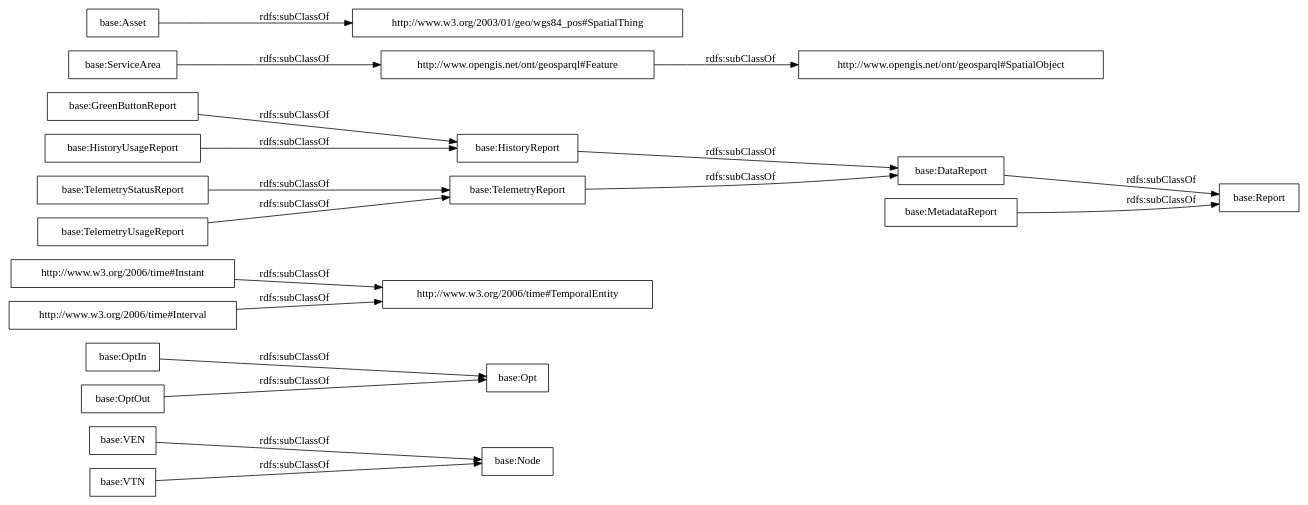
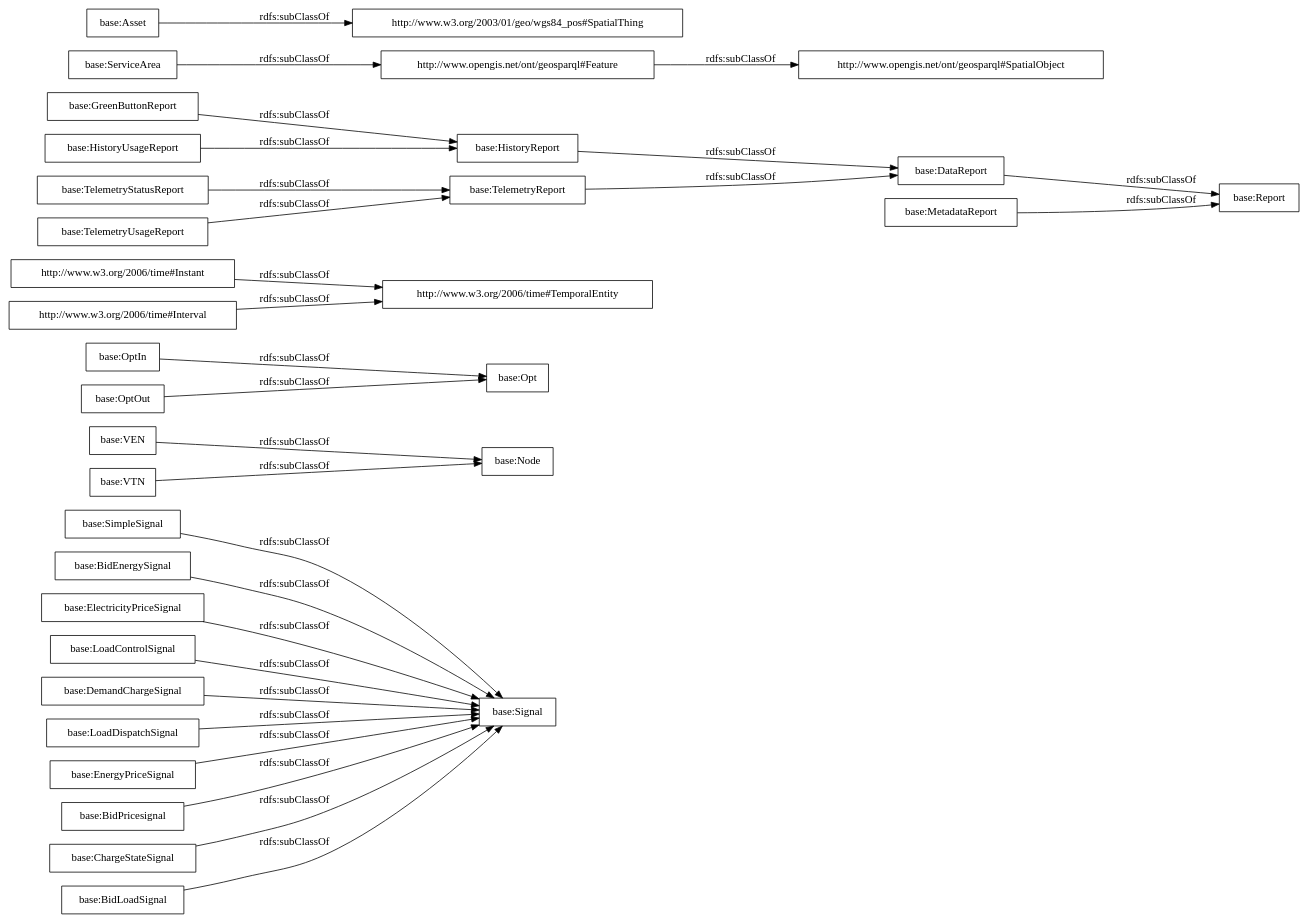
Before and after one commit to albaizq/OpenADRontology: the diagram in OnToology/ontology/openADRontology.owl/diagrams/ar2dtool-taxonomy/openADRontology.owl.png.dot, drawn with Graphviz. The commit also changed 12 other files, not shown here.

```diff
--- a/OnToology/ontology/openADRontology.owl/diagrams/ar2dtool-taxonomy/openADRontology.owl.png.dot
+++ b/OnToology/ontology/openADRontology.owl/diagrams/ar2dtool-taxonomy/openADRontology.owl.png.dot
@@ -1,23 +1,33 @@
 digraph ar2dtool_diagram { 
 rankdir=LR;
 size="1000"
-node [shape = rectangle, color="black"]; "base:VEN" "base:Opt" "http://www.w3.org/2006/time#Instant" "base:GreenButtonReport" "base:DataReport" "base:TelemetryUsageReport" "base:ServiceArea" "base:HistoryReport" "base:OptIn" "base:OptOut" "base:Node" "base:VTN" "base:TelemetryStatusReport" "http://www.w3.org/2003/01/geo/wgs84_pos#SpatialThing" "base:Asset" "http://www.opengis.net/ont/geosparql#SpatialObject" "http://www.w3.org/2006/time#Interval" "http://www.w3.org/2006/time#TemporalEntity" "base:TelemetryReport" "http://www.opengis.net/ont/geosparql#Feature" "base:MetadataReport" "base:HistoryUsageReport" "base:Report" ; /*classes style*/
+node [shape = rectangle, color="black"]; "base:SimpleSignal" "base:VEN" "base:Signal" "base:Opt" "http://www.w3.org/2006/time#Instant" "base:GreenButtonReport" "base:DataReport" "base:TelemetryUsageReport" "base:BidEnergySignal" "base:ElectricityPriceSignal" "base:LoadControlSignal" "base:ServiceArea" "base:HistoryReport" "base:DemandChargeSignal" "base:OptIn" "base:LoadDispatchSignal" "base:OptOut" "base:Node" "base:EnergyPriceSignal" "base:VTN" "base:TelemetryStatusReport" "http://www.w3.org/2003/01/geo/wgs84_pos#SpatialThing" "base:Asset" "http://www.opengis.net/ont/geosparql#SpatialObject" "base:BidPricesignal" "http://www.w3.org/2006/time#Interval" "base:ChargeStateSignal" "http://www.w3.org/2006/time#TemporalEntity" "base:TelemetryReport" "base:BidLoadSignal" "http://www.opengis.net/ont/geosparql#Feature" "base:MetadataReport" "base:HistoryUsageReport" "base:Report" ; /*classes style*/
+	"base:HistoryUsageReport" -> "base:HistoryReport" [ label = "rdfs:subClassOf" ];
+	"http://www.w3.org/2006/time#Instant" -> "http://www.w3.org/2006/time#TemporalEntity" [ label = "rdfs:subClassOf" ];
+	"base:MetadataReport" -> "base:Report" [ label = "rdfs:subClassOf" ];
+	"base:ElectricityPriceSignal" -> "base:Signal" [ label = "rdfs:subClassOf" ];
+	"base:LoadDispatchSignal" -> "base:Signal" [ label = "rdfs:subClassOf" ];
+	"http://www.opengis.net/ont/geosparql#Feature" -> "http://www.opengis.net/ont/geosparql#SpatialObject" [ label = "rdfs:subClassOf" ];
+	"base:DataReport" -> "base:Report" [ label = "rdfs:subClassOf" ];
+	"base:HistoryReport" -> "base:DataReport" [ label = "rdfs:subClassOf" ];
+	"base:VEN" -> "base:Node" [ label = "rdfs:subClassOf" ];
+	"base:TelemetryStatusReport" -> "base:TelemetryReport" [ label = "rdfs:subClassOf" ];
+	"base:LoadControlSignal" -> "base:Signal" [ label = "rdfs:subClassOf" ];
+	"base:SimpleSignal" -> "base:Signal" [ label = "rdfs:subClassOf" ];
+	"base:VTN" -> "base:Node" [ label = "rdfs:subClassOf" ];
+	"base:EnergyPriceSignal" -> "base:Signal" [ label = "rdfs:subClassOf" ];
+	"base:ChargeStateSignal" -> "base:Signal" [ label = "rdfs:subClassOf" ];
+	"base:GreenButtonReport" -> "base:HistoryReport" [ label = "rdfs:subClassOf" ];
+	"base:DemandChargeSignal" -> "base:Signal" [ label = "rdfs:subClassOf" ];
+	"base:TelemetryReport" -> "base:DataReport" [ label = "rdfs:subClassOf" ];
+	"base:ServiceArea" -> "http://www.opengis.net/ont/geosparql#Feature" [ label = "rdfs:subClassOf" ];
+	"base:BidPricesignal" -> "base:Signal" [ label = "rdfs:subClassOf" ];
 	"base:Asset" -> "http://www.w3.org/2003/01/geo/wgs84_pos#SpatialThing" [ label = "rdfs:subClassOf" ];
-	"base:DataReport" -> "base:Report" [ label = "rdfs:subClassOf" ];
+	"base:BidLoadSignal" -> "base:Signal" [ label = "rdfs:subClassOf" ];
+	"http://www.w3.org/2006/time#Interval" -> "http://www.w3.org/2006/time#TemporalEntity" [ label = "rdfs:subClassOf" ];
+	"base:OptOut" -> "base:Opt" [ label = "rdfs:subClassOf" ];
 	"base:TelemetryUsageReport" -> "base:TelemetryReport" [ label = "rdfs:subClassOf" ];
-	"base:VTN" -> "base:Node" [ label = "rdfs:subClassOf" ];
-	"base:HistoryReport" -> "base:DataReport" [ label = "rdfs:subClassOf" ];
-	"http://www.w3.org/2006/time#Interval" -> "http://www.w3.org/2006/time#TemporalEntity" [ label = "rdfs:subClassOf" ];
-	"base:GreenButtonReport" -> "base:HistoryReport" [ label = "rdfs:subClassOf" ];
-	"base:ServiceArea" -> "http://www.opengis.net/ont/geosparql#Feature" [ label = "rdfs:subClassOf" ];
-	"http://www.opengis.net/ont/geosparql#Feature" -> "http://www.opengis.net/ont/geosparql#SpatialObject" [ label = "rdfs:subClassOf" ];
-	"base:OptOut" -> "base:Opt" [ label = "rdfs:subClassOf" ];
-	"base:VEN" -> "base:Node" [ label = "rdfs:subClassOf" ];
 	"base:OptIn" -> "base:Opt" [ label = "rdfs:subClassOf" ];
-	"base:MetadataReport" -> "base:Report" [ label = "rdfs:subClassOf" ];
-	"http://www.w3.org/2006/time#Instant" -> "http://www.w3.org/2006/time#TemporalEntity" [ label = "rdfs:subClassOf" ];
-	"base:TelemetryReport" -> "base:DataReport" [ label = "rdfs:subClassOf" ];
-	"base:TelemetryStatusReport" -> "base:TelemetryReport" [ label = "rdfs:subClassOf" ];
-	"base:HistoryUsageReport" -> "base:HistoryReport" [ label = "rdfs:subClassOf" ];
+	"base:BidEnergySignal" -> "base:Signal" [ label = "rdfs:subClassOf" ];
 
 }
```
